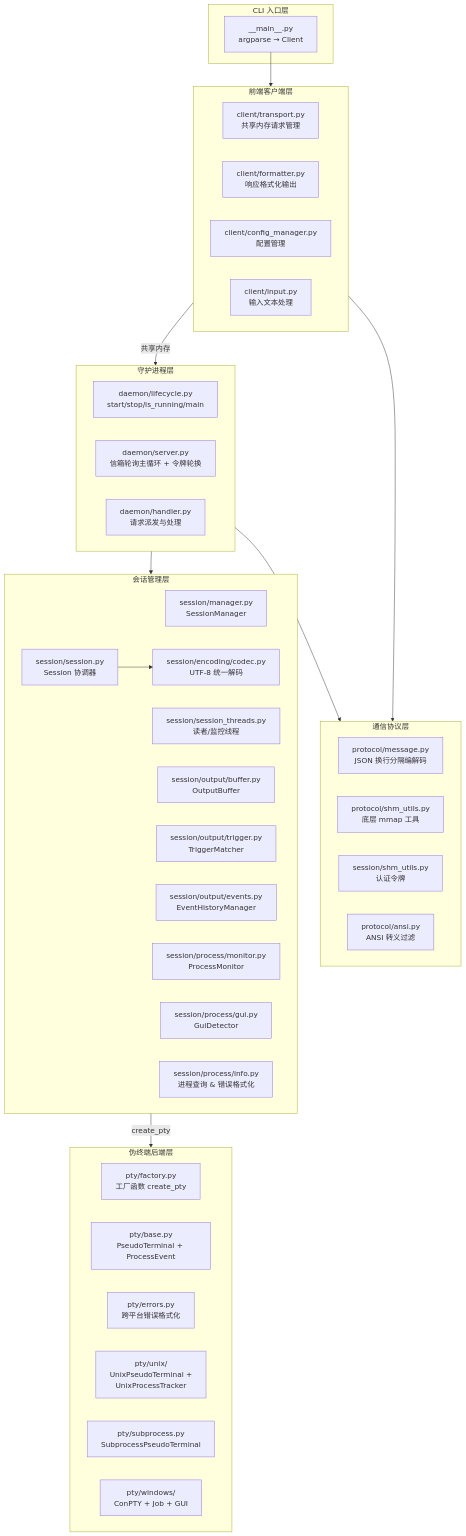
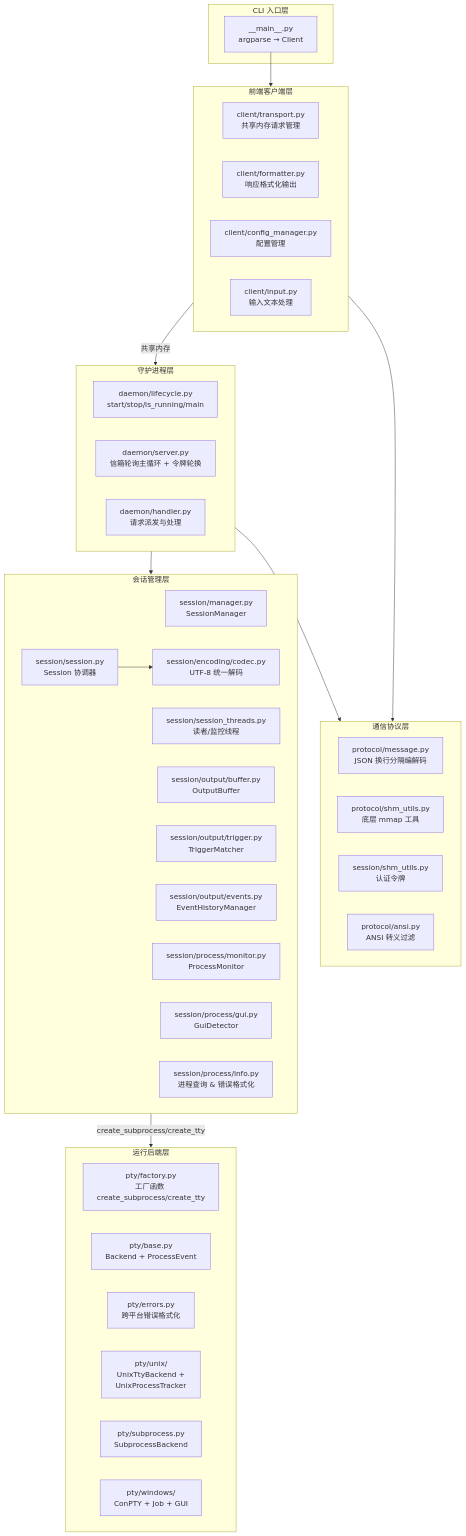
One commit to ming-14/PTY-Agent changed the first of 2 diagrams in docs/设计架构.md. Above: the diagram before and after it, drawn with Mermaid. The commit also changed other lines of this file and 76 other files, not shown here.

First line of the commit message:
refactor: 一次性大重构——统一通信门面、后端 subprocess/pty 分离、pyte 终端仿真

````diff
--- a/docs/设计架构.md
+++ b/docs/设计架构.md
@@ -95,57 +118,57 @@
 ```mermaid
 graph TB
     subgraph CLI["CLI 入口层"]
         MAIN["__main__.py<br/>argparse → Client"]
     end
 
     subgraph CLIENT["前端客户端层"]
         TRANS["client/transport.py<br/>共享内存请求管理"]
         FORM["client/formatter.py<br/>响应格式化输出"]
         CFGM["client/config_manager.py<br/>配置管理"]
         INP["client/input.py<br/>输入文本处理"]
     end
 
     subgraph PROTO["通信协议层"]
         MSG["protocol/message.py<br/>JSON 换行分隔编解码"]
         SHM_UTIL["protocol/shm_utils.py<br/>底层 mmap 工具"]
         SHM["protocol/shm.py<br/>共享内存协议（信箱/信息区/通道）"]
         ANSI["protocol/ansi.py<br/>ANSI 转义过滤"]
     end
 
     subgraph DAEMON["守护进程层"]
         DLIFE["daemon/lifecycle.py<br/>start/stop/is_running/main"]
         SRV["daemon/server.py<br/>信箱轮询主循环 + 令牌轮换"]
         HDL["daemon/handler.py<br/>请求派发与处理"]
     end
 
     subgraph SESS["会话管理层"]
         SMGR["session/manager.py<br/>SessionManager"]
         SES["session/session.py<br/>Session 协调器"]
         STHR["session/session_threads.py<br/>读者/监控线程"]
         OBUF["session/output/buffer.py<br/>OutputBuffer"]
         TRIG["session/output/trigger.py<br/>TriggerMatcher"]
         EHIST["session/output/events.py<br/>EventHistoryManager"]
         PMON["session/process/monitor.py<br/>ProcessMonitor"]
         GDET["session/process/gui.py<br/>GuiDetector"]
         PROC["session/process/info.py<br/>进程查询 & 错误格式化"]
         ENC["session/encoding/codec.py<br/>UTF-8 统一解码"]
         SHM["session/shm_utils.py<br/>认证令牌"]
     end
 
-    subgraph PTY["伪终端后端层"]
-        PFAC["pty/factory.py<br/>工厂函数 create_pty"]
-        PBASE["pty/base.py<br/>PseudoTerminal + ProcessEvent"]
+    subgraph PTY["运行后端层"]
+        PFAC["pty/factory.py<br/>工厂函数 create_subprocess/create_tty"]
+        PBASE["pty/base.py<br/>Backend + ProcessEvent"]
         ERR["pty/errors.py<br/>跨平台错误格式化"]
-        UNX["pty/unix/<br/>UnixPseudoTerminal +<br/>UnixProcessTracker"]
-        SUB["pty/subprocess.py<br/>SubprocessPseudoTerminal"]
+        UNX["pty/unix/<br/>UnixTtyBackend +<br/>UnixProcessTracker"]
+        SUB["pty/subprocess.py<br/>SubprocessBackend"]
         WIN["pty/windows/<br/>ConPTY + Job + GUI"]
     end
 
     MAIN --> CLIENT
     CLIENT -->|共享内存| DAEMON
     CLIENT --> PROTO
     DAEMON --> PROTO
     DAEMON --> SESS
-    SESS -->|create_pty| PTY
+    SESS -->|create_subprocess/create_tty| PTY
     SES --> ENC
 ```
````
